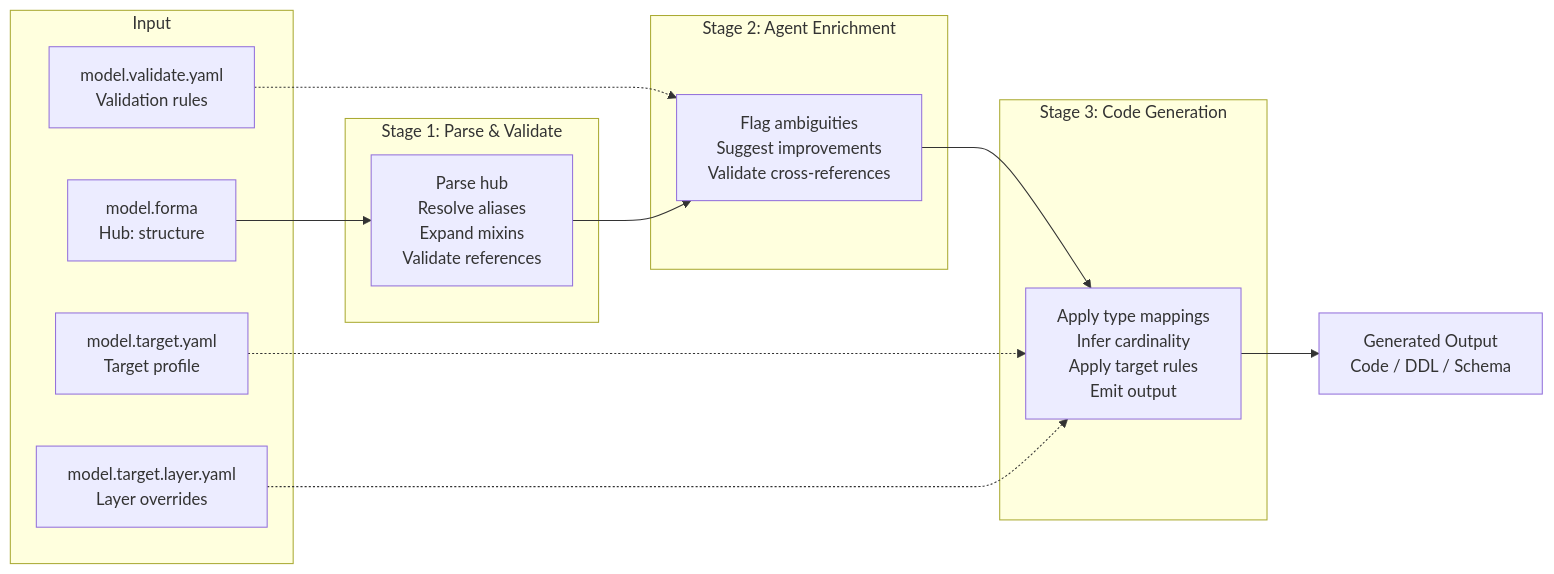
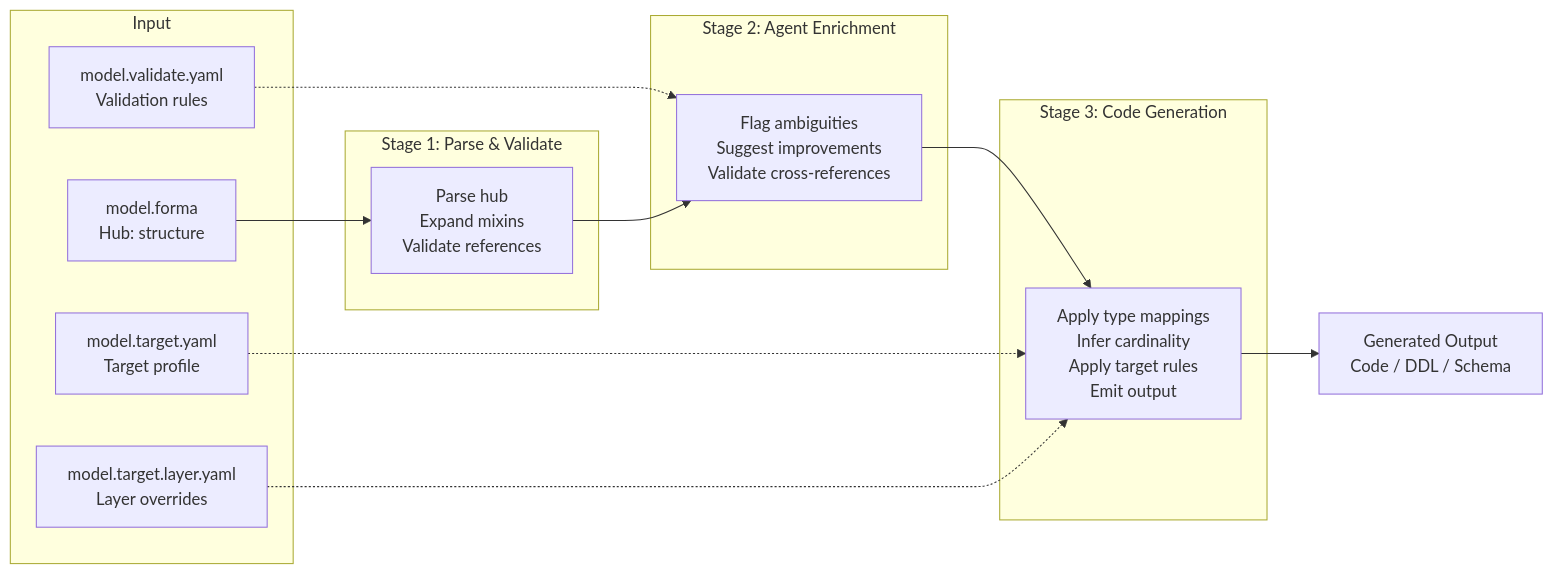
Before and after one commit to phansen314/forma: the diagram in spec/SPEC.md, drawn with Mermaid. The commit also changed other lines of this file and 16 other files, not shown here.

````diff
--- a/spec/SPEC.md
+++ b/spec/SPEC.md
@@ -420,31 +420,31 @@
 ```mermaid
 flowchart LR
     subgraph Input
         HUB[model.forma<br/>Hub: structure]
         VAL[model.validate.yaml<br/>Validation rules]
         TGT[model.target.yaml<br/>Target profile]
         LYR[model.target.layer.yaml<br/>Layer overrides]
     end
 
     subgraph Stage1[Stage 1: Parse & Validate]
-        S1[Parse hub<br/>Resolve aliases<br/>Expand mixins<br/>Validate references]
+        S1[Parse hub<br/>Expand mixins<br/>Validate references]
     end
 
     subgraph Stage2[Stage 2: Agent Enrichment]
         S2[Flag ambiguities<br/>Suggest improvements<br/>Validate cross-references]
     end
 
     subgraph Stage3[Stage 3: Code Generation]
         S3[Apply type mappings<br/>Infer cardinality<br/>Apply target rules<br/>Emit output]
     end
 
     OUT[Generated Output<br/>Code / DDL / Schema]
 
     HUB --> S1
     VAL -.-> S2
     S1 --> S2
     S2 --> S3
     TGT -.-> S3
     LYR -.-> S3
     S3 --> OUT
 ```
````
